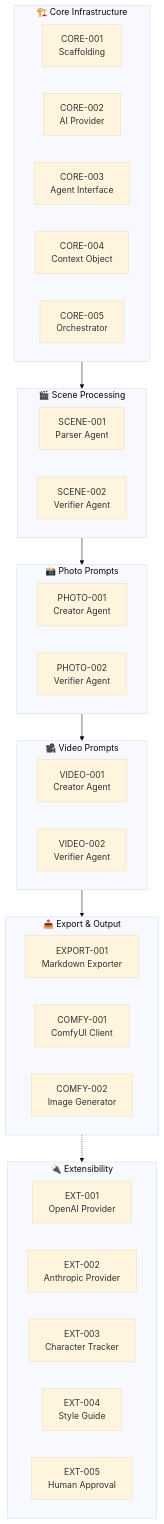
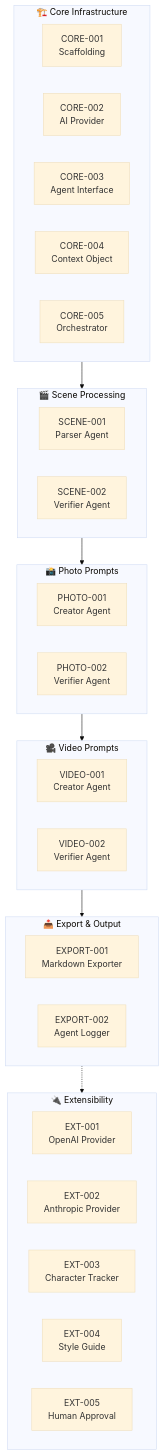
Before and after one commit to manojbhatty/AIScriptToMediaDotNet: the diagram in docs/backlog.md, drawn with Mermaid (base theme). The commit also changed other lines of this file and 23 other files, not shown here.

````diff
--- a/docs/backlog.md
+++ b/docs/backlog.md
@@ -11,45 +46,44 @@
 ```mermaid
 flowchart TB
     subgraph Core["🏗️ Core Infrastructure"]
         CORE1[CORE-001<br/>Scaffolding]
         CORE2[CORE-002<br/>AI Provider]
         CORE3[CORE-003<br/>Agent Interface]
         CORE4[CORE-004<br/>Context Object]
         CORE5[CORE-005<br/>Orchestrator]
     end
-    
+
     subgraph Scene["🎬 Scene Processing"]
         SCENE1[SCENE-001<br/>Parser Agent]
         SCENE2[SCENE-002<br/>Verifier Agent]
     end
-    
+
     subgraph Photo["📸 Photo Prompts"]
         PHOTO1[PHOTO-001<br/>Creator Agent]
         PHOTO2[PHOTO-002<br/>Verifier Agent]
     end
-    
+
     subgraph Video["🎥 Video Prompts"]
         VIDEO1[VIDEO-001<br/>Creator Agent]
         VIDEO2[VIDEO-002<br/>Verifier Agent]
     end
-    
+
     subgraph Export["📤 Export & Output"]
         EXPORT1[EXPORT-001<br/>Markdown Exporter]
-        COMFY1[COMFY-001<br/>ComfyUI Client]
-        COMFY2[COMFY-002<br/>Image Generator]
+        EXPORT2[EXPORT-002<br/>Agent Logger]
     end
-    
+
     subgraph Ext["🔌 Extensibility"]
         EXT1[EXT-001<br/>OpenAI Provider]
         EXT2[EXT-002<br/>Anthropic Provider]
         EXT3[EXT-003<br/>Character Tracker]
         EXT4[EXT-004<br/>Style Guide]
         EXT5[EXT-005<br/>Human Approval]
     end
-    
+
     Core --> Scene
     Scene --> Photo
     Photo --> Video
     Video --> Export
     Export -.-> Ext
 ```
````
